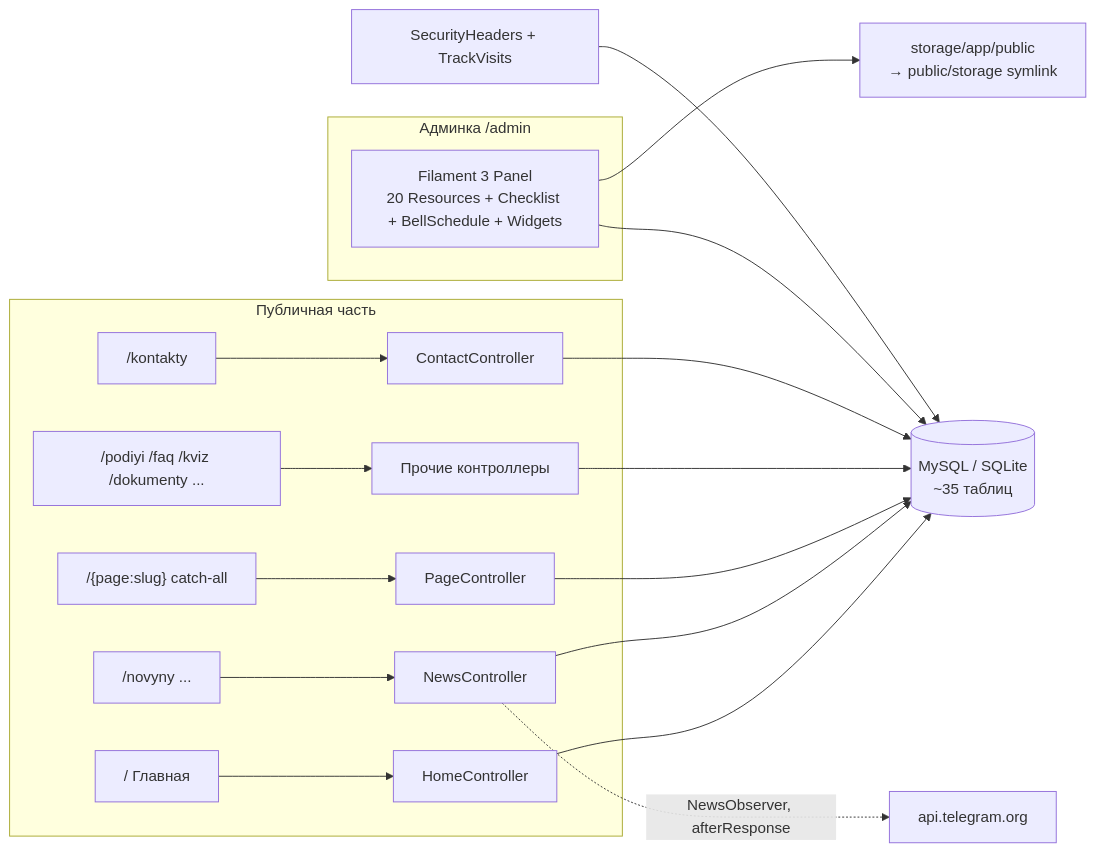
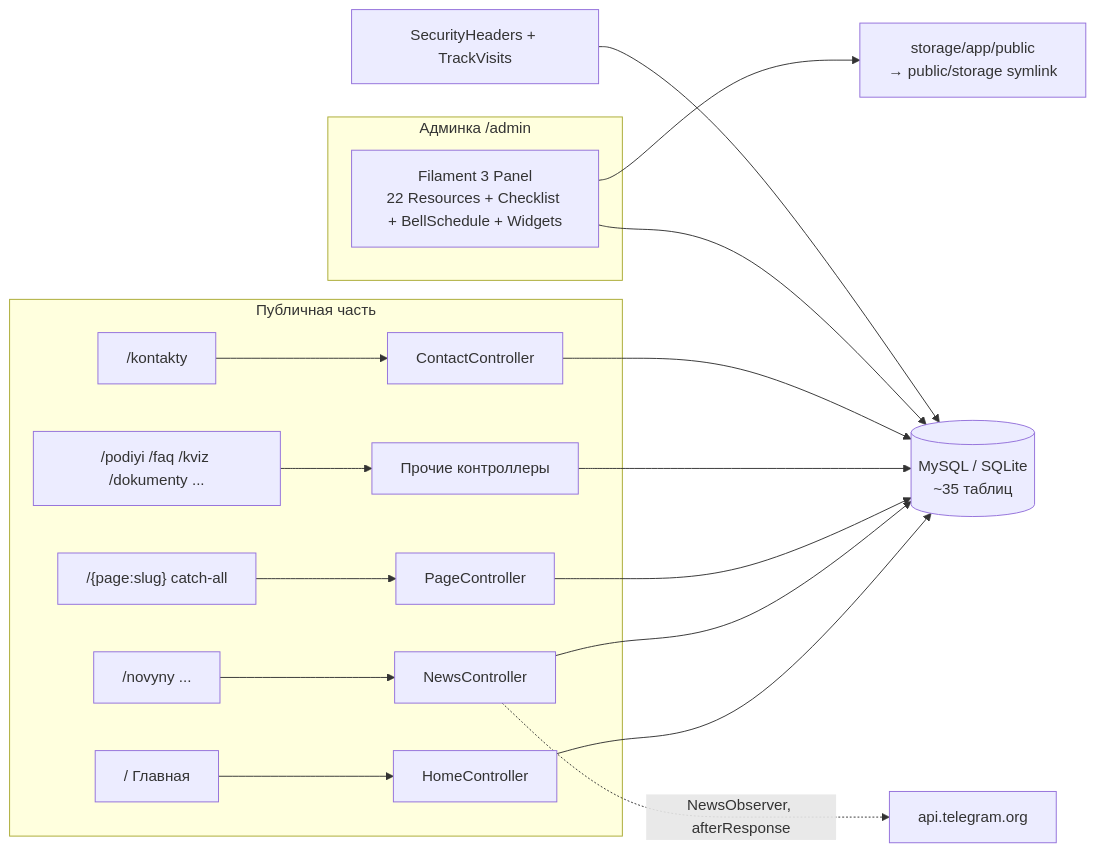
Before and after one commit to OTFC-ONTU/otfk: the diagram in ARCHITECTURE.md, drawn with Mermaid. The commit also changed other lines of this file and 111 other files, not shown here.

````diff
--- a/ARCHITECTURE.md
+++ b/ARCHITECTURE.md
@@ -48,18 +48,18 @@
 ```mermaid
 flowchart LR
   subgraph Public["Публичная часть"]
     Home["/ Главная"] --> HomeC[HomeController]
     NewsP["/novyny ..."] --> NewsC[NewsController]
     Pages["/{page:slug} catch-all"] --> PageC[PageController]
     Contacts["/kontakty"] --> ContactC[ContactController]
     Misc["/podiyi /faq /kviz /dokumenty ..."] --> MiscC[Прочие контроллеры]
   end
   subgraph Admin["Админка /admin"]
-    Filament[Filament 3 Panel<br/>20 Resources + Checklist + BellSchedule + Widgets]
+    Filament[Filament 3 Panel<br/>22 Resources + Checklist + BellSchedule + Widgets]
   end
   HomeC & NewsC & PageC & MiscC & ContactC --> DB[(MySQL / SQLite<br/>~35 таблиц)]
   Filament --> DB
   Filament --> Storage[storage/app/public<br/>→ public/storage symlink]
   NewsC -. NewsObserver, afterResponse .-> TG[api.telegram.org]
   MW[SecurityHeaders + TrackVisits] --> DB
 ```
````
